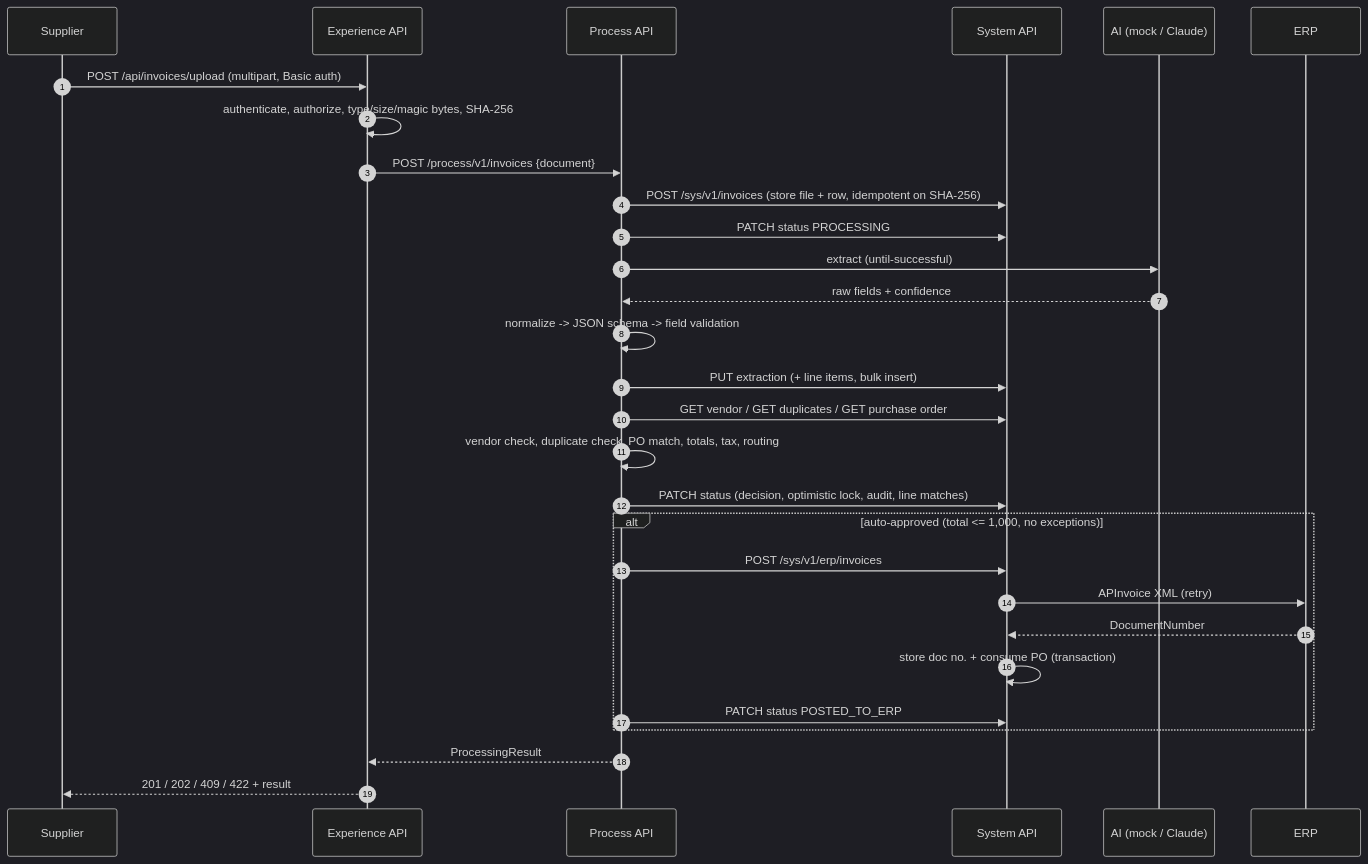
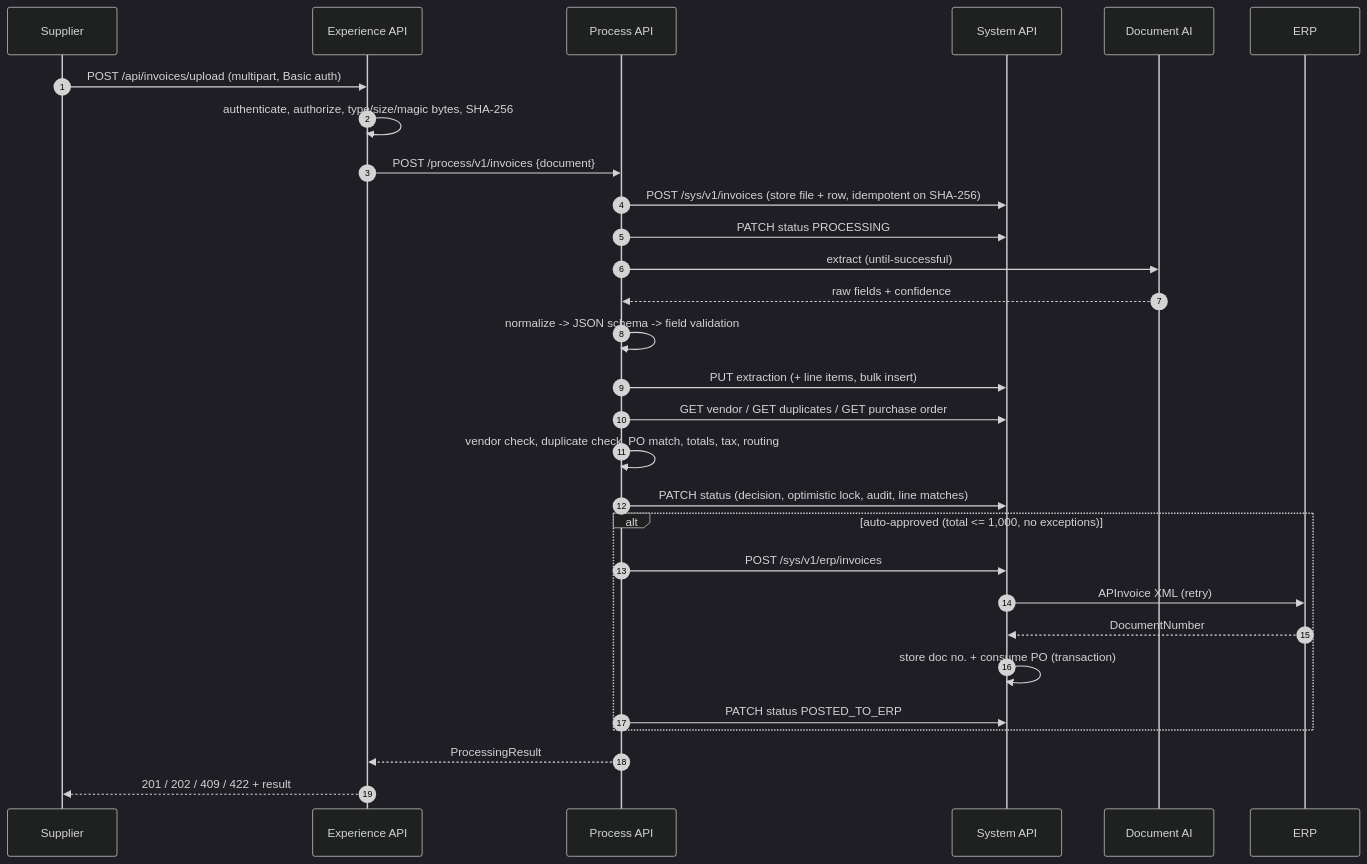
Before and after one commit to sahasra24/ai-invoice-processing-mulesoft: the second of 3 diagrams in docs/ARCHITECTURE.md, drawn with Mermaid (dark theme). The commit also changed other lines of this file and 26 other files, not shown here.

````diff
--- a/docs/ARCHITECTURE.md
+++ b/docs/ARCHITECTURE.md
@@ -52,31 +50,31 @@
 ```mermaid
 sequenceDiagram
     autonumber
     participant S as Supplier
     participant X as Experience API
     participant P as Process API
     participant Y as System API
-    participant A as AI (mock / Claude)
+    participant A as Document AI
     participant E as ERP
     S->>X: POST /api/invoices/upload (multipart, Basic auth)
     X->>X: authenticate, authorize, type/size/magic bytes, SHA-256
     X->>P: POST /process/v1/invoices {document}
     P->>Y: POST /sys/v1/invoices (store file + row, idempotent on SHA-256)
     P->>Y: PATCH status PROCESSING
     P->>A: extract (until-successful)
     A-->>P: raw fields + confidence
     P->>P: normalize -> JSON schema -> field validation
     P->>Y: PUT extraction (+ line items, bulk insert)
     P->>Y: GET vendor / GET duplicates / GET purchase order
     P->>P: vendor check, duplicate check, PO match, totals, tax, routing
     P->>Y: PATCH status (decision, optimistic lock, audit, line matches)
     alt auto-approved (total <= 1,000, no exceptions)
         P->>Y: POST /sys/v1/erp/invoices
         Y->>E: APInvoice XML (retry)
         E-->>Y: DocumentNumber
         Y->>Y: store doc no. + consume PO (transaction)
         P->>Y: PATCH status POSTED_TO_ERP
     end
     P-->>X: ProcessingResult
     X-->>S: 201 / 202 / 409 / 422 + result
 ```
````
